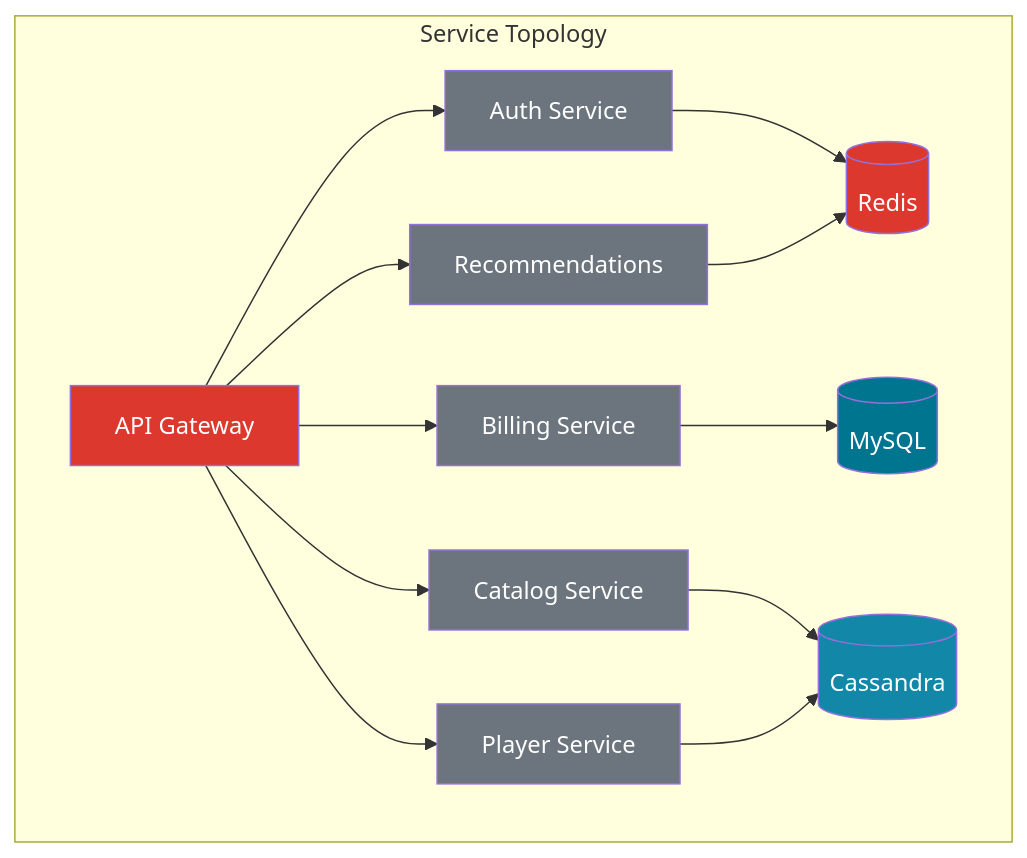
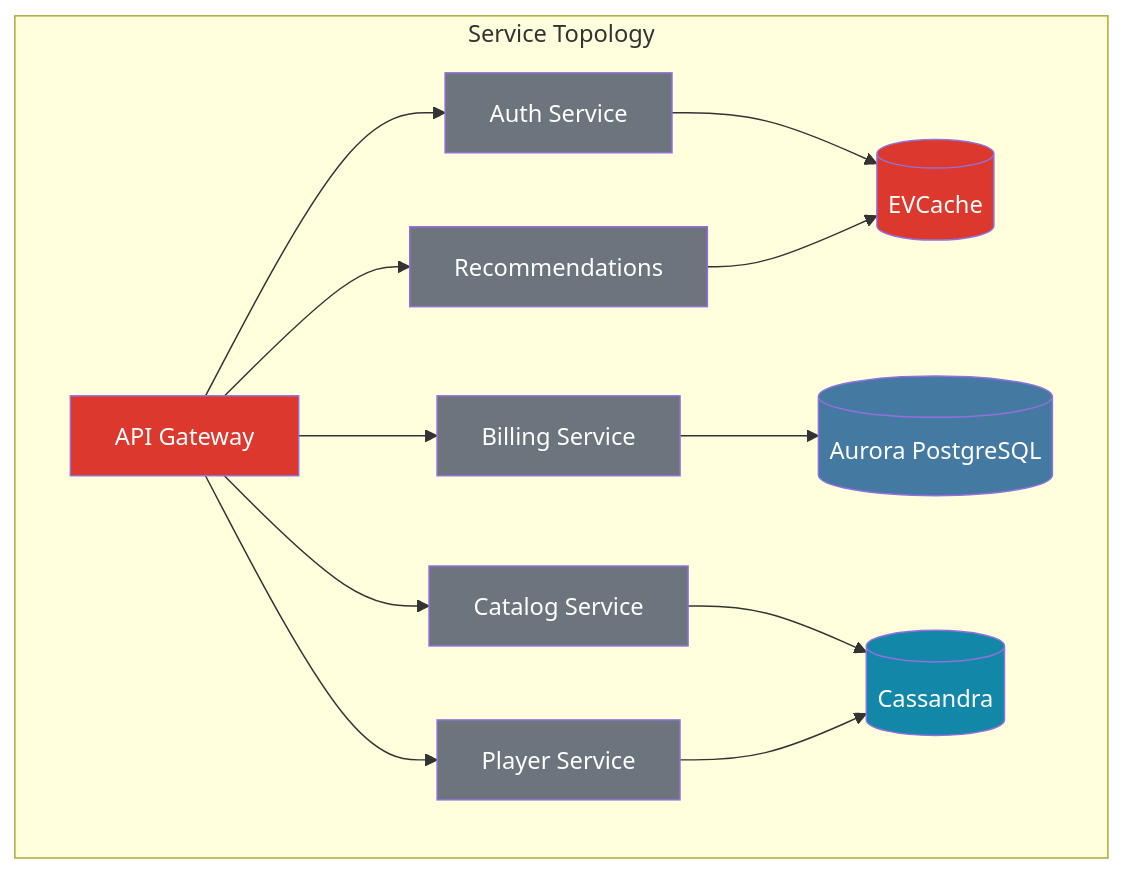
One commit to joseluisgs/joseluisgs changed the tenth of 10 diagrams in web/src/posts/2026/2026-08-24-netflix-arquitectura-datos.md. Above: the diagram before and after it, drawn with Mermaid. The commit also changed other lines of this file, not shown here.

Commit message:
feat: actualizar artículo sobre la arquitectura de datos de Netflix, reemplazando Redis por EVCache y añadiendo nuevas tecnologías de base de datos

````diff
--- a/web/src/posts/2026/2026-08-24-netflix-arquitectura-datos.md
+++ b/web/src/posts/2026/2026-08-24-netflix-arquitectura-datos.md
@@ -431,33 +439,33 @@
 ```mermaid
 graph TB
     subgraph "Service Topology"
         API[API Gateway]
         Auth[Auth Service]
         Billing[Billing Service]
         Catalog[Catalog Service]
         Recs[Recommendations]
         Player[Player Service]
-        MySQL[(MySQL)]
-        Redis[(Redis)]
+        Aurora[(Aurora PostgreSQL)]
+        EVCache[(EVCache)]
         Cassandra[(Cassandra)]
         API --> Auth
         API --> Billing
         API --> Catalog
         API --> Recs
         API --> Player
-        Auth --> Redis
-        Billing --> MySQL
+        Auth --> EVCache
+        Billing --> Aurora
         Catalog --> Cassandra
-        Recs --> Redis
+        Recs --> EVCache
         Player --> Cassandra
     end
     style API fill:#DC382D,color:#fff
     style Auth fill:#6c757d,color:#fff
     style Billing fill:#6c757d,color:#fff
     style Catalog fill:#6c757d,color:#fff
     style Recs fill:#6c757d,color:#fff
     style Player fill:#6c757d,color:#fff
-    style MySQL fill:#00758F,color:#fff
-    style Redis fill:#DC382D,color:#fff
+    style Aurora fill:#4479A1,color:#fff
+    style EVCache fill:#DC382D,color:#fff
     style Cassandra fill:#1287A8,color:#fff
 ```
````
